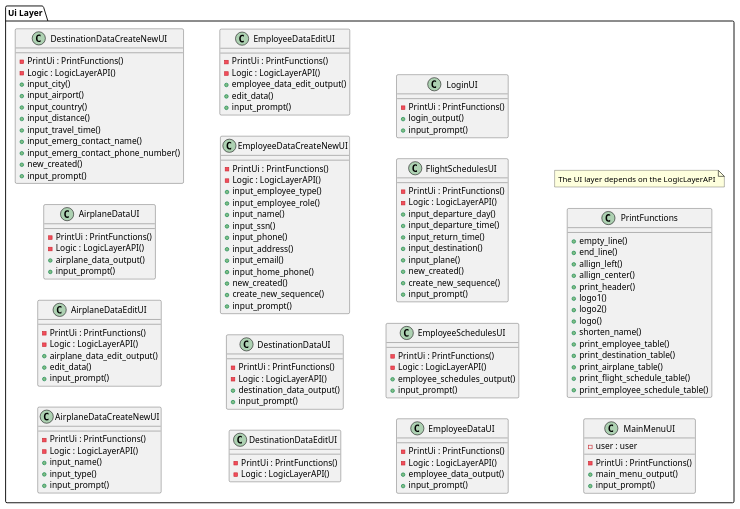
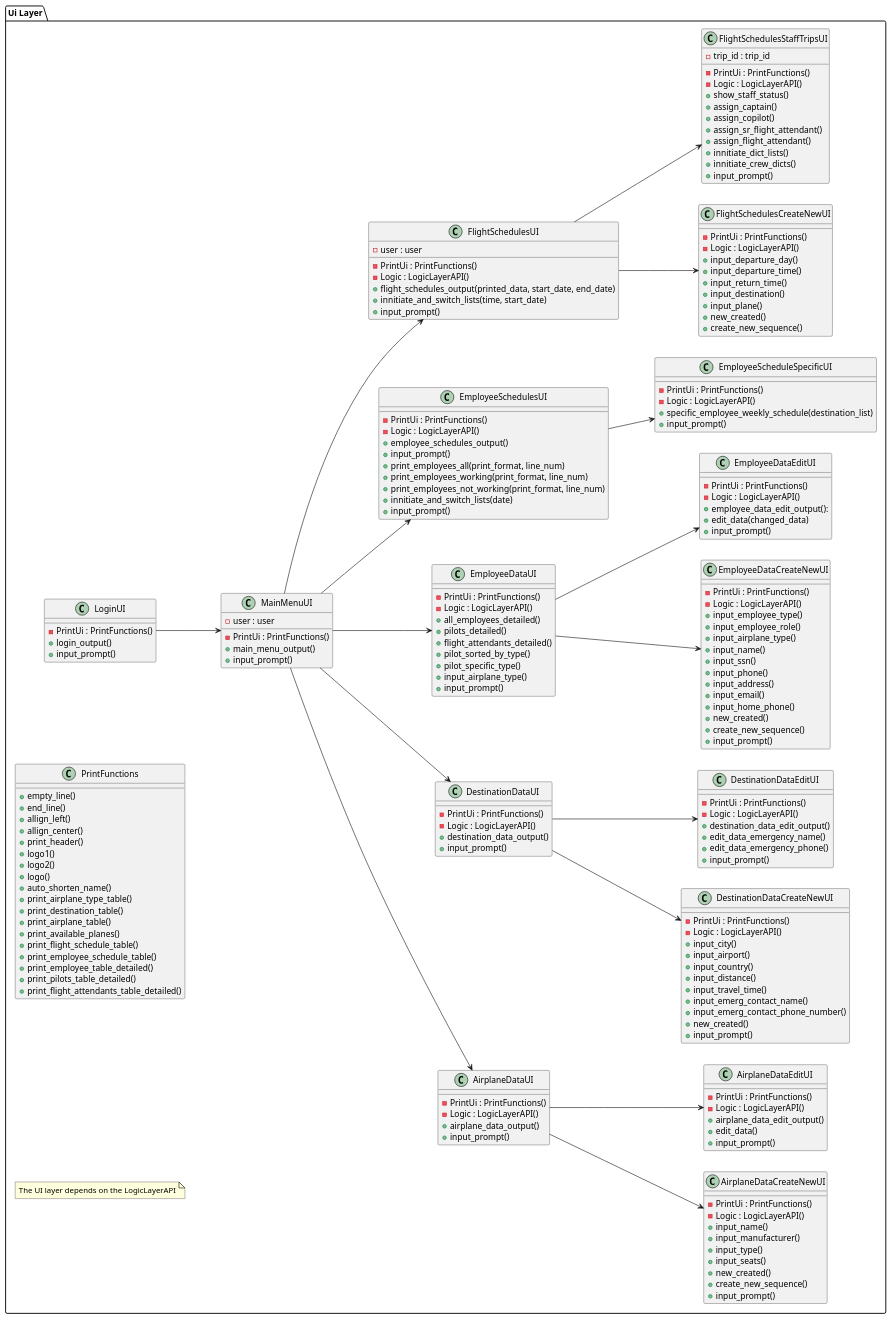
Before and after one commit to GiantMushy/NanAir: the diagram in Planning/Class Diagrams/UiLayerClassDiagram.puml, drawn with PlantUML. The commit also changed 2 other files, not shown here.

Commit message:
updating class diagrams
updating class diagrams

```diff
--- a/Planning/Class Diagrams/UiLayerClassDiagram.puml
+++ b/Planning/Class Diagrams/UiLayerClassDiagram.puml
@@ -6,7 +6,11 @@
         - PrintUi : PrintFunctions()
         - Logic : LogicLayerAPI()
         + input_name()
+        + input_manufacturer()
         + input_type()
+        + input_seats()
+        + new_created()
+        + create_new_sequence()
         + input_prompt()
     }
     class AirplaneDataEditUI{
@@ -39,6 +43,10 @@
     class DestinationDataEditUI{
         - PrintUi : PrintFunctions()
         - Logic : LogicLayerAPI()
+        + destination_data_edit_output()
+        + edit_data_emergency_name()
+        + edit_data_emergency_phone()
+        + input_prompt()
 
     }
     class DestinationDataUI{
@@ -52,6 +60,7 @@
         - Logic : LogicLayerAPI()
         + input_employee_type()
         + input_employee_role()
+        + input_airplane_type()
         + input_name()
         + input_ssn()
         + input_phone()
@@ -66,14 +75,21 @@
     class EmployeeDataEditUI{
         - PrintUi : PrintFunctions()
         - Logic : LogicLayerAPI()
-        + employee_data_edit_output()
-        + edit_data()
+        + employee_data_edit_output():
+        + edit_data(changed_data)
         + input_prompt()
+
+
     }
     class EmployeeDataUI{
         - PrintUi : PrintFunctions()
         - Logic : LogicLayerAPI()
-        + employee_data_output()
+        + all_employees_detailed()
+        + pilots_detailed()
+        + flight_attendants_detailed()
+        + pilot_sorted_by_type()
+        + pilot_specific_type()
+        + input_airplane_type()
         + input_prompt()
     }
     class EmployeeSchedulesUI{
@@ -81,8 +97,32 @@
         - Logic : LogicLayerAPI()
         + employee_schedules_output()
         + input_prompt()
+        + print_employees_all(print_format, line_num)
+        + print_employees_working(print_format, line_num)
+        + print_employees_not_working(print_format, line_num)
+        + innitiate_and_switch_lists(date)
+        + input_prompt()
     }
+
+    class EmployeeScheduleSpecificUI{
+        - PrintUi : PrintFunctions()
+        - Logic : LogicLayerAPI()
+        + specific_employee_weekly_schedule(destination_list)
+        + input_prompt()
+
+    }
+
+
     class FlightSchedulesUI{
+        - PrintUi : PrintFunctions()
+        - Logic : LogicLayerAPI()
+        - user : user
+        + flight_schedules_output(printed_data, start_date, end_date)
+        + innitiate_and_switch_lists(time, start_date)
+        + input_prompt()
+    }
+
+    class FlightSchedulesCreateNewUI{
         - PrintUi : PrintFunctions()
         - Logic : LogicLayerAPI()
         + input_departure_day()
@@ -92,6 +132,19 @@
         + input_plane()
         + new_created()
         + create_new_sequence()
+    }
+
+    class FlightSchedulesStaffTripsUI {
+        - PrintUi : PrintFunctions()
+        - Logic : LogicLayerAPI()
+        - trip_id : trip_id
+        + show_staff_status()
+        + assign_captain()
+        + assign_copilot()
+        + assign_sr_flight_attendant()
+        + assign_flight_attendant()
+        + innitiate_dict_lists()
+        + innitiate_crew_dicts()
         + input_prompt()
     }
 
@@ -115,13 +168,34 @@
         + logo1()
         + logo2()
         + logo()
-        + shorten_name()
-        + print_employee_table()
+        + auto_shorten_name()
+        + print_airplane_type_table()
         + print_destination_table()
         + print_airplane_table()
+        + print_available_planes()
         + print_flight_schedule_table()
         + print_employee_schedule_table()
+        + print_employee_table_detailed()
+        + print_pilots_table_detailed()
+        + print_flight_attendants_table_detailed()
     }
+
+    LoginUI --> MainMenuUI
+    MainMenuUI --> AirplaneDataUI
+    MainMenuUI --> DestinationDataUI
+    MainMenuUI --> EmployeeDataUI
+    MainMenuUI --> EmployeeSchedulesUI
+    MainMenuUI --> FlightSchedulesUI
+    AirplaneDataUI --> AirplaneDataCreateNewUI
+    AirplaneDataUI --> AirplaneDataEditUI
+    DestinationDataUI --> DestinationDataCreateNewUI
+    DestinationDataUI --> DestinationDataEditUI
+    EmployeeDataUI --> EmployeeDataCreateNewUI
+    EmployeeDataUI --> EmployeeDataEditUI
+    EmployeeSchedulesUI --> EmployeeScheduleSpecificUI
+    FlightSchedulesUI --> FlightSchedulesCreateNewUI
+    FlightSchedulesUI --> FlightSchedulesStaffTripsUI
+
 
     note "The UI layer depends on the LogicLayerAPI" as NoteUILayer
 
```
